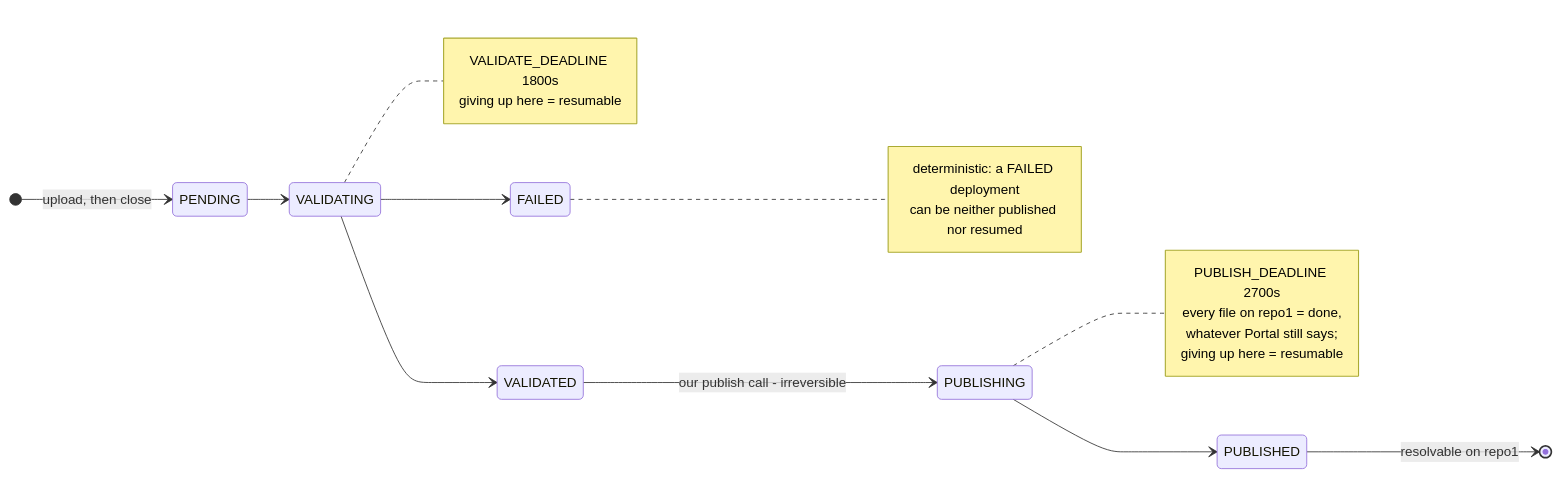
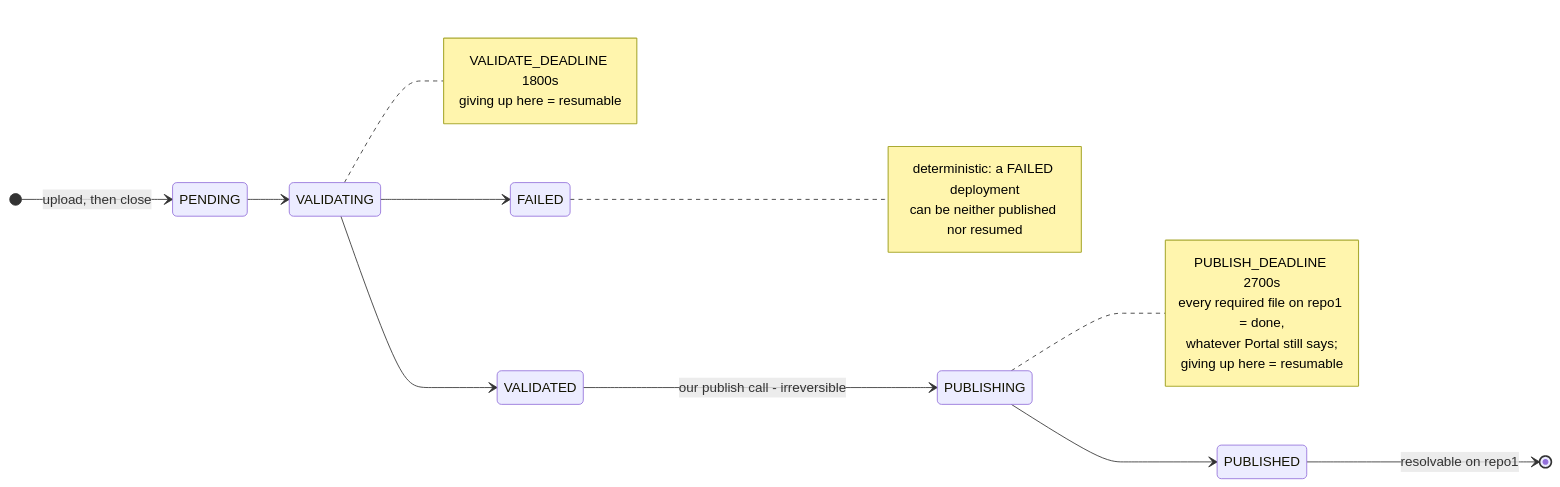
One commit to octopusden/octopus-base changed the fourth of 5 diagrams in docs/Octopus Release Pipeline.md. Above: the diagram before and after it, drawn with Mermaid. The commit also changed other lines of this file and 3 other files, not shown here.

````diff
--- a/docs/Octopus Release Pipeline.md
+++ b/docs/Octopus Release Pipeline.md
@@ -387,26 +387,26 @@
 ```mermaid
 stateDiagram-v2
     direction LR
     [*] --> PENDING: upload, then close
     PENDING --> VALIDATING
     VALIDATING --> VALIDATED
     VALIDATING --> FAILED
     VALIDATED --> PUBLISHING: our publish call - irreversible
     PUBLISHING --> PUBLISHED
     PUBLISHED --> [*]: resolvable on repo1
 
     note right of VALIDATING
         VALIDATE_DEADLINE 1800s
         giving up here = resumable
     end note
     note right of PUBLISHING
         PUBLISH_DEADLINE 2700s
-        every file on repo1 = done,
+        every required file on repo1 = done,
         whatever Portal still says;
         giving up here = resumable
     end note
     note right of FAILED
         deterministic: a FAILED deployment
         can be neither published nor resumed
     end note
 ```
````
